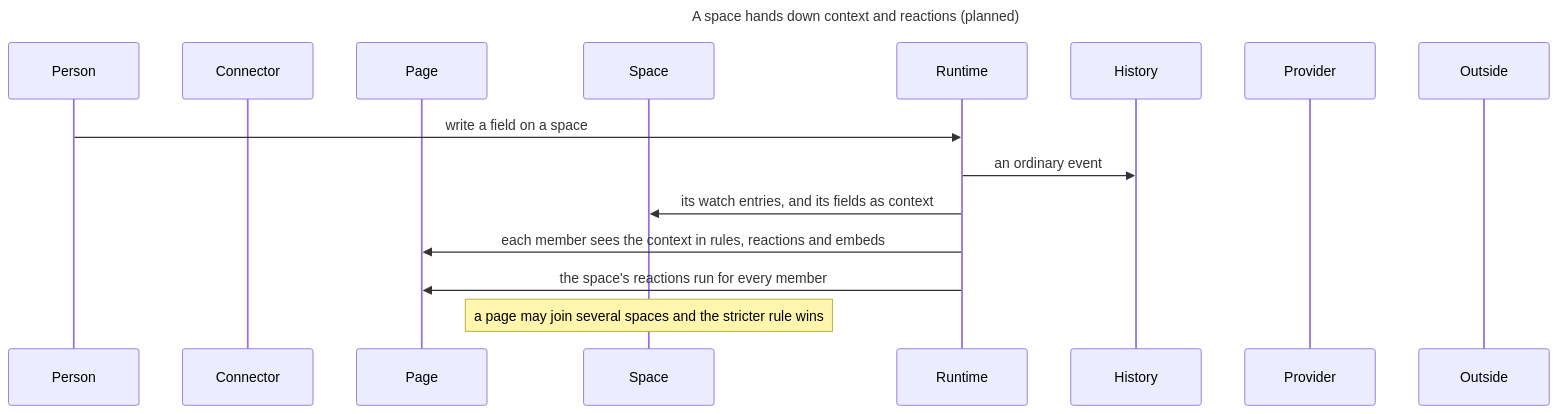
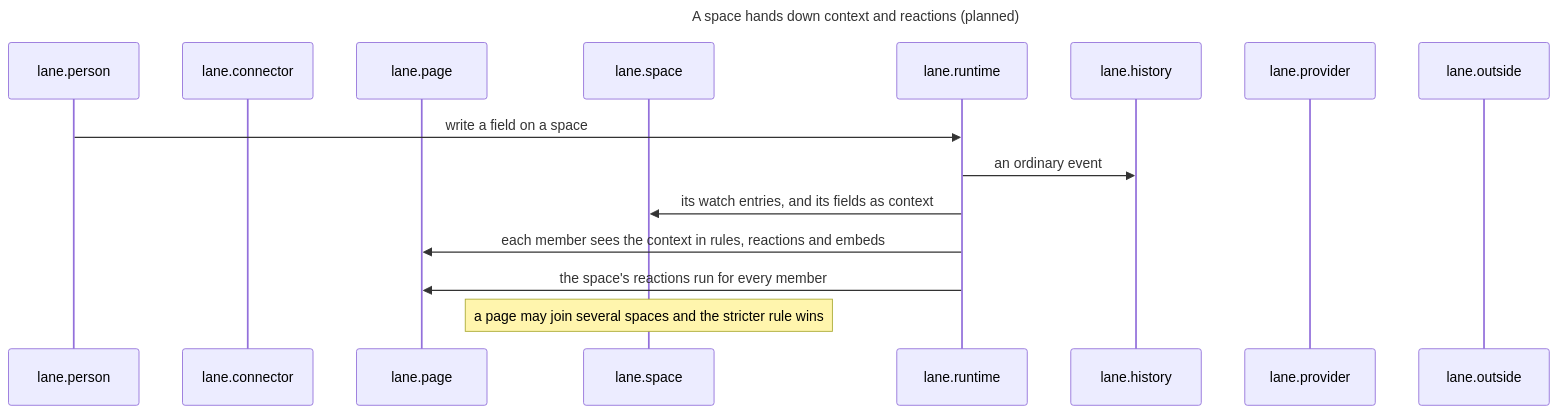
One commit to drksci/conky changed diagram 17 of 29 in docs/reference/architecture.md. Above: the diagram before and after it, drawn with Mermaid. The commit also changed other lines of this file and 84 other files, not shown here.

First line of the commit message:
refactor: give every part of the architecture a dotted name

````diff
--- a/docs/reference/architecture.md
+++ b/docs/reference/architecture.md
@@ -730,20 +764,20 @@
 ```mermaid
 ---
 title: A space hands down context and reactions (planned)
 ---
 sequenceDiagram
-    participant Person
-    participant Connector
-    participant Page
-    participant Space
-    participant Runtime
-    participant History
-    participant Provider
-    participant Outside
-    Person->>Runtime: write a field on a space
-    Runtime->>History: an ordinary event
-    Runtime->>Space: its watch entries, and its fields as context
-    Runtime->>Page: each member sees the context in rules, reactions and embeds
-    Runtime->>Page: the space's reactions run for every member
-    Note over Space: a page may join several spaces and the stricter rule wins
+    participant lane.person
+    participant lane.connector
+    participant lane.page
+    participant lane.space
+    participant lane.runtime
+    participant lane.history
+    participant lane.provider
+    participant lane.outside
+    lane.person->>lane.runtime: write a field on a space
+    lane.runtime->>lane.history: an ordinary event
+    lane.runtime->>lane.space: its watch entries, and its fields as context
+    lane.runtime->>lane.page: each member sees the context in rules, reactions and embeds
+    lane.runtime->>lane.page: the space's reactions run for every member
+    Note over lane.space: a page may join several spaces and the stricter rule wins
 ```
````
